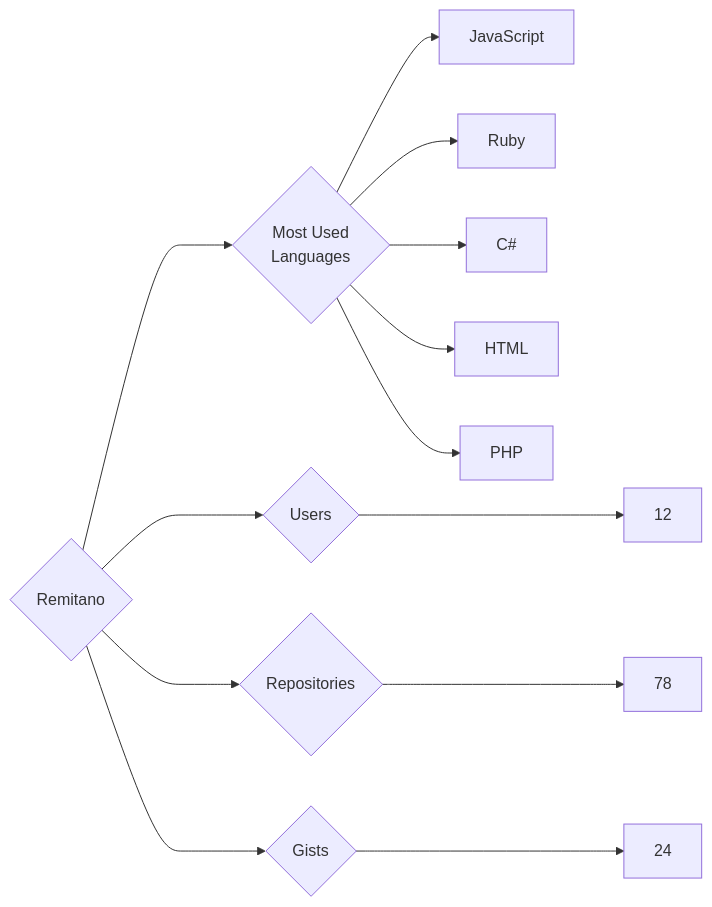
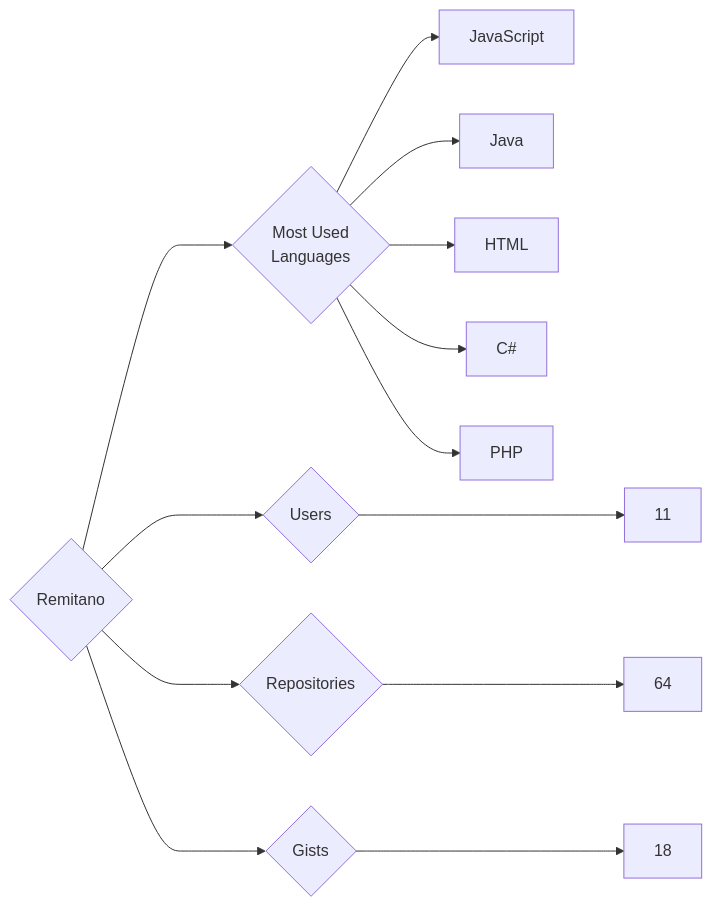
The diagram in targets/Remitano/README.md (trickest/insiders), drawn with Mermaid before and after one commit. The commit also changed 912 other files, not shown here.

````diff
--- a/targets/Remitano/README.md
+++ b/targets/Remitano/README.md
@@ -3,13 +3,13 @@
 ```mermaid
 graph LR
 COMPANY_NAME{Remitano}
-COMPANY_NAME ---> U{Users} ---> UN[12]
-COMPANY_NAME ---> R{Repositories} ---> RN[78]
-COMPANY_NAME ---> G{Gists} ---> GN[24]
+COMPANY_NAME ---> U{Users} ---> UN[11]
+COMPANY_NAME ---> R{Repositories} ---> RN[64]
+COMPANY_NAME ---> G{Gists} ---> GN[18]
 COMPANY_NAME ---> ML{Most Used<br>Languages}
 ML --> JavaScript[JavaScript]
-ML --> Ruby[Ruby]
+ML --> Java[Java]
+ML --> HTML[HTML]
 ML --> C#[C#]
-ML --> HTML[HTML]
 ML --> PHP[PHP]
 ```
````
